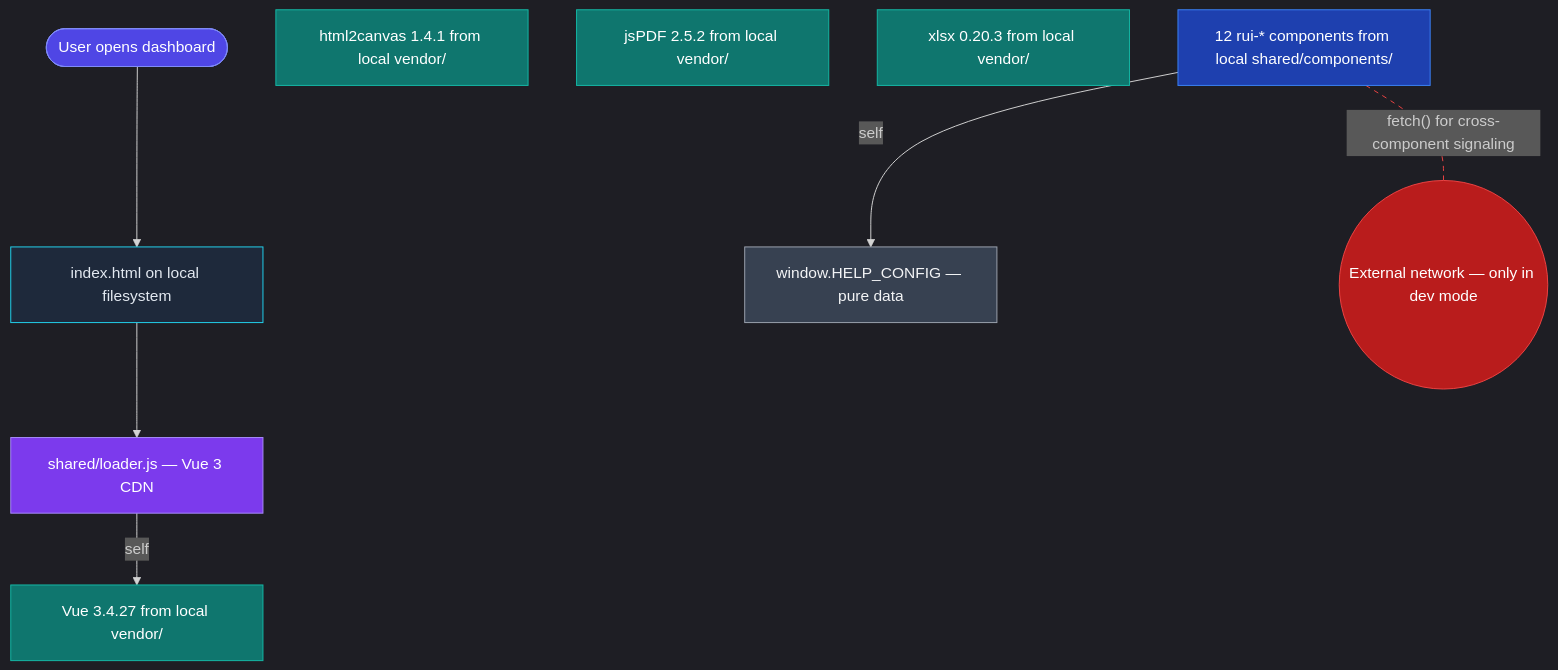
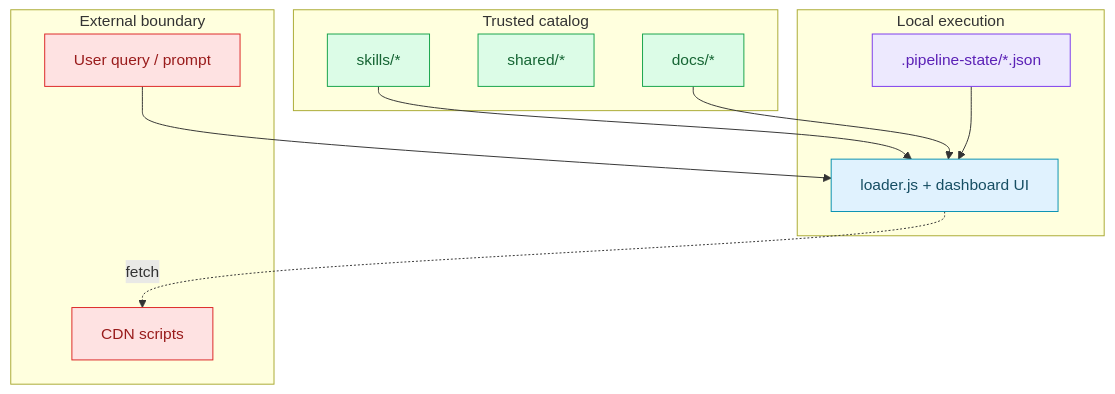
Before and after one commit to effiy/YrY: the diagram in .claude/docs/arch/scene-5-trust-boundary-security-surface/index.md, drawn with Mermaid. The commit also changed other lines of this file and 32 other files, not shown here.

First line of the commit message:
docs: standardize mermaid diagrams and add summaries

````diff
--- a/.claude/docs/arch/scene-5-trust-boundary-security-surface/index.md
+++ b/.claude/docs/arch/scene-5-trust-boundary-security-surface/index.md
@@ -11,29 +11,29 @@
 ```mermaid
-%%{init: {'theme':'dark','flowchart':{'htmlLabels':true}}}%%
 flowchart TB
-  user([User opens dashboard]):::input
-  page[index.html on local filesystem]:::page
-  loader[shared/loader.js — Vue 3 CDN]:::loader
-  cdn1[Vue 3.4.27 from local vendor/]:::vendor
-  cdn2[html2canvas 1.4.1 from local vendor/]:::vendor
-  cdn3[jsPDF 2.5.2 from local vendor/]:::vendor
-  cdn4[xlsx 0.20.3 from local vendor/]:::vendor
-  cmp[12 rui-* components from local shared/components/]:::component
-  data[window.HELP_CONFIG — pure data]:::data
-  net((External network — only in dev mode)):::boundary
+  subgraph trusted[Trusted catalog]
+    docs[docs/*]:::trusted
+    shared[shared/*]:::trusted
+    skills[skills/*]:::trusted
+  end
 
-  user --> page
-  page --> loader
-  loader -- "self" --> cdn1
-  cmp -- "self" --> data
-  cmp -. "fetch() for cross-component signaling" .- net
+  subgraph local[Local execution]
+    loader[loader.js + dashboard UI]:::process
+    state[.pipeline-state/*.json]:::data
+  end
 
-  classDef input fill:#4f46e5,stroke:#818cf8,color:#fff
-  classDef page fill:#1e293b,stroke:#22d3ee,color:#e2e8f0
-  classDef loader fill:#7c3aed,stroke:#a78bfa,color:#fff
-  classDef vendor fill:#0f766e,stroke:#14b8a6,color:#fff
-  classDef component fill:#1e40af,stroke:#3b82f6,color:#fff
-  classDef data fill:#374151,stroke:#9ca3af,color:#f3f4f6
-  classDef boundary fill:#b91c1c,stroke:#ef4444,color:#fff
-  linkStyle 4 stroke:#ef4444,stroke-dasharray:5 5
+  subgraph external[External boundary]
+    cdn[CDN scripts]:::external
+    user[User query / prompt]:::external
+  end
+
+  skills --> loader
+  docs --> loader
+  state --> loader
+  user --> loader
+  loader -. fetch .-> cdn
+
+  classDef trusted fill:#dcfce7,stroke:#16a34a,color:#166534
+  classDef process fill:#e0f2fe,stroke:#0891b2,color:#164e63
+  classDef data fill:#ede9fe,stroke:#7c3aed,color:#5b21b6
+  classDef external fill:#fee2e2,stroke:#dc2626,color:#991b1b
 ```
````
